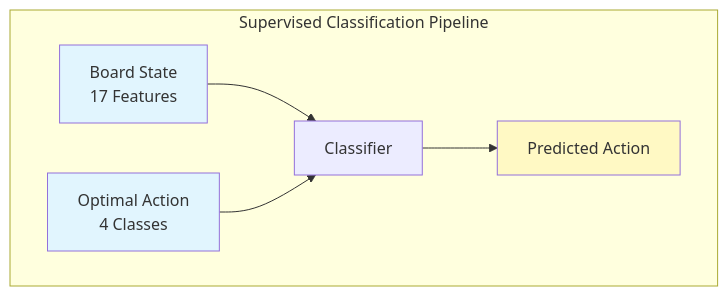
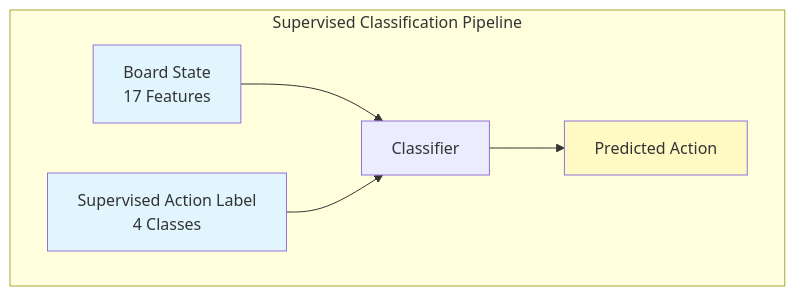
Before and after one commit to Evintkoo/2048-ml: the second of 6 diagrams in plans/05-Model/01-Algorithm/01-algorithm-research.md, drawn with Mermaid. The commit also changed other lines of this file and 157 other files, not shown here.

````diff
--- a/plans/05-Model/01-Algorithm/01-algorithm-research.md
+++ b/plans/05-Model/01-Algorithm/01-algorithm-research.md
@@ -79,15 +79,15 @@
 ```mermaid
 flowchart TD
     subgraph "Supervised Classification Pipeline"
         State[Board State<br/>17 Features]
-        Label[Optimal Action<br/>4 Classes]
+        Label[Supervised Action Label<br/>4 Classes]
         
         State --> Model[Classifier]
         Label --> Model
         Model --> Prediction[Predicted Action]
     end
     
     style State fill:#e1f5fe
     style Label fill:#e1f5fe
     style Prediction fill:#fff9c4
 ```
````
